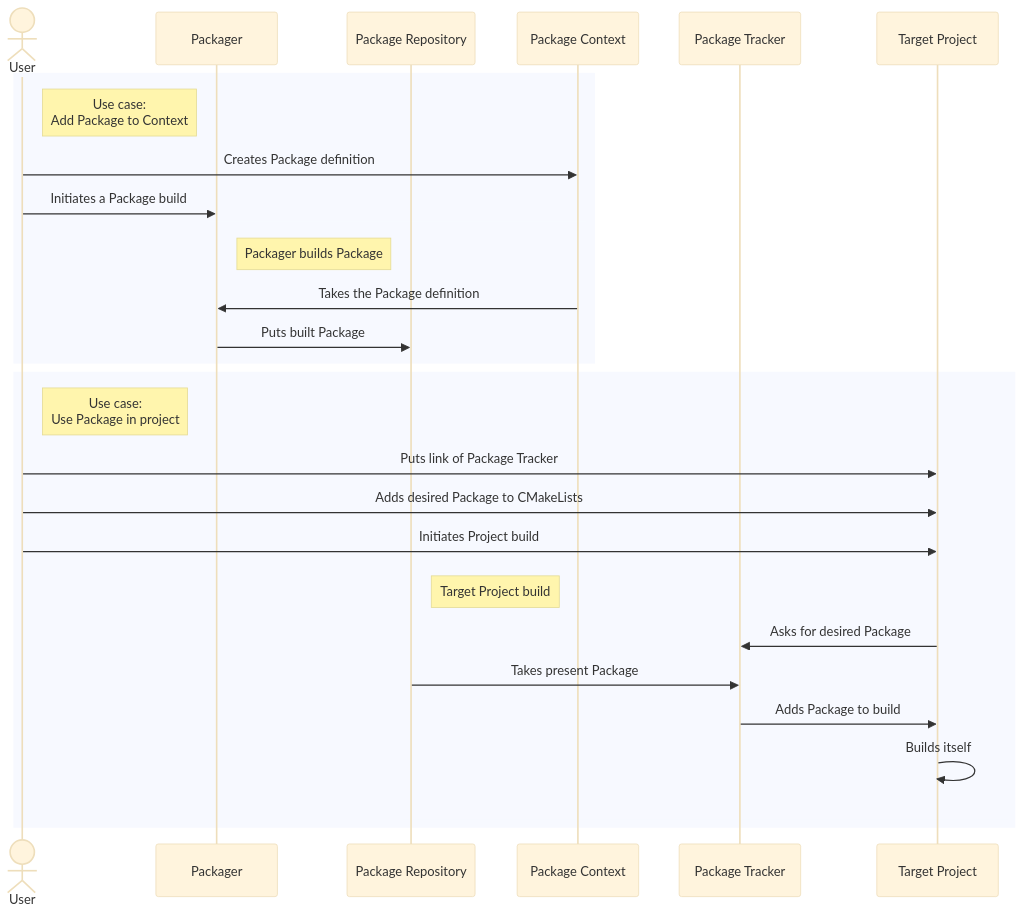
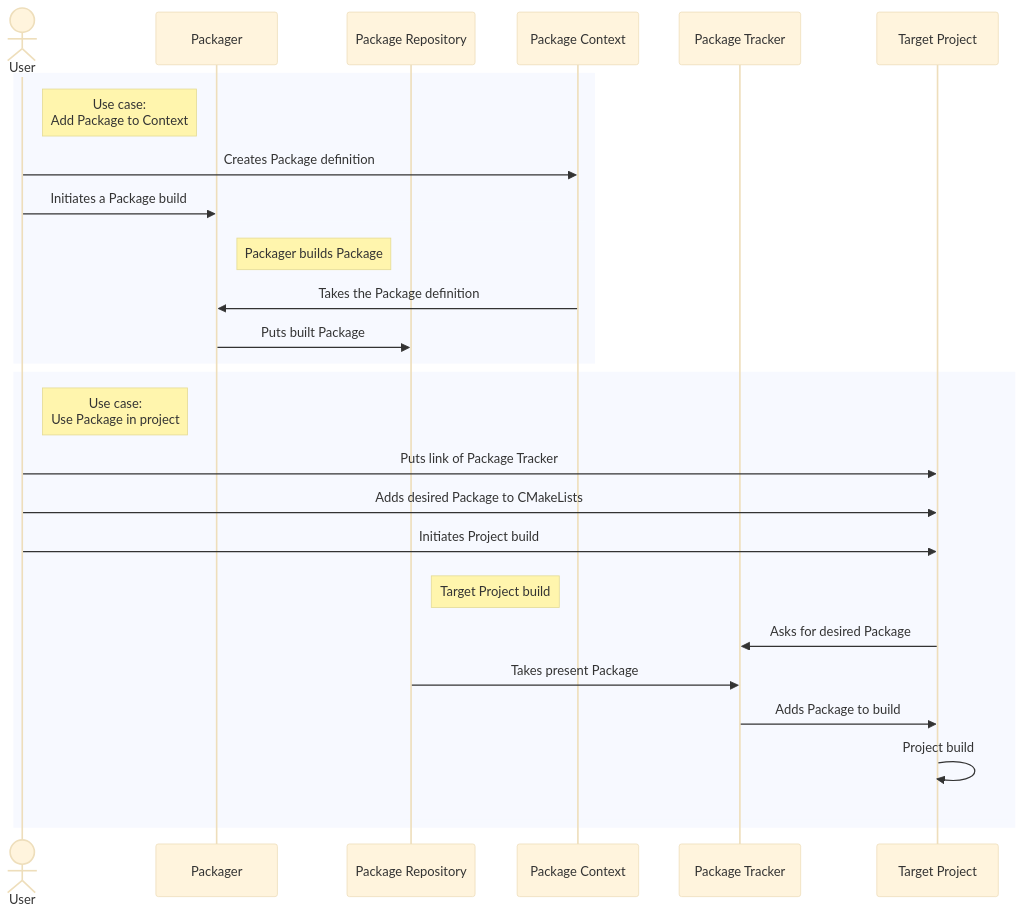
Before and after one commit to bacpack-system/bacpack-system.github.io: the diagram in docs/use_cases.md, drawn with Mermaid (base theme). The commit also changed 2 other files, not shown here.

Commit message:
Adjust example usage, QoL improvements

````diff
--- a/docs/use_cases.md
+++ b/docs/use_cases.md
@@ -8,33 +8,33 @@
 ```mermaid
 sequenceDiagram
   actor User
   participant Packager
   participant Package Repository
   participant Package Context
   participant Package Tracker
   participant Target Project
 
   rect
     Note right of User: Use case:<br/> Add Package to Context
     User->>Package Context: Creates Package definition
     User->>Packager: Initiates a Package build
     rect
       Note right of Packager: Packager builds Package
       Package Context->>Packager: Takes the Package definition
       Packager->>Package Repository: Puts built Package
     end
   end
   rect
     Note right of User: Use case:<br/> Use Package in project
     User->>Target Project: Puts link of Package Tracker
     User->>Target Project: Adds desired Package to CMakeLists
     User->>Target Project: Initiates Project build
     rect
       Note right of Package Repository: Target Project build
       Target Project->>Package Tracker: Asks for desired Package
       Package Repository->>Package Tracker: Takes present Package
       Package Tracker->>Target Project: Adds Package to build
-      Target Project->>Target Project: Builds itself
+      Target Project->>Target Project: Project build
     end
   end
 ```
````
